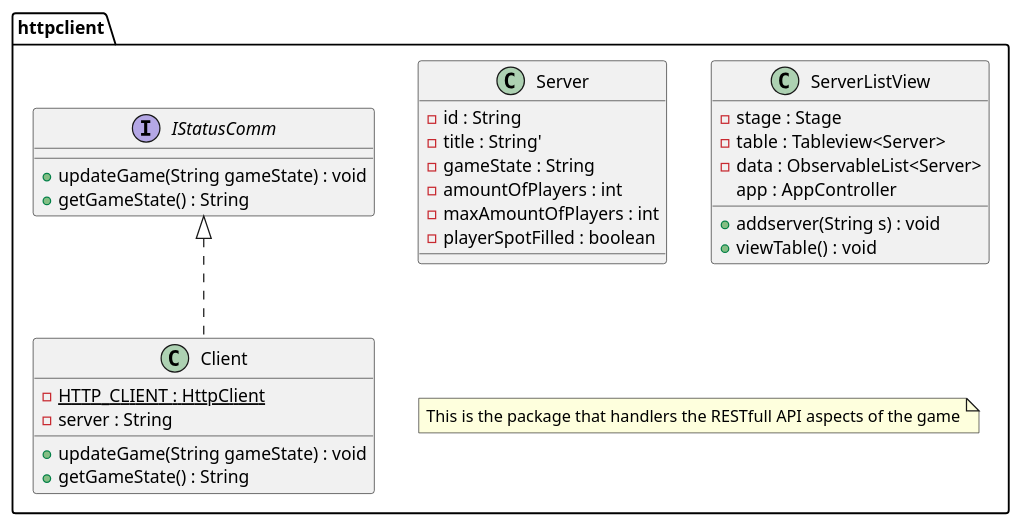
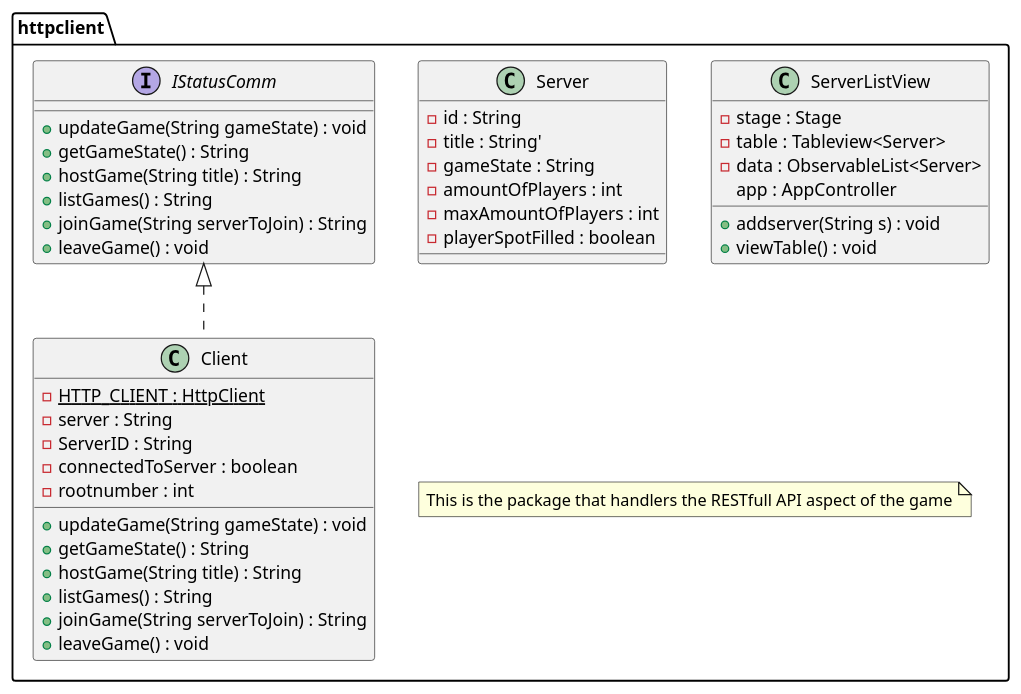
Before and after one commit to MikaelFangel/RoboRally: the diagram in diagrams/DesignClassDiagramPackageHTTPClient.puml, drawn with PlantUML. The commit also changed 4 other files, not shown here.

Commit message:
Updates to class design diagrams.

```diff
--- a/diagrams/DesignClassDiagramPackageHTTPClient.puml
+++ b/diagrams/DesignClassDiagramPackageHTTPClient.puml
@@ -1,39 +1,48 @@
 @startuml
 skinparam groupInheritance 2
 skinparam linetype polyline
 
 package httpclient{
    class Client implements IStatusComm {
       {Static} -HTTP_CLIENT : HttpClient
       -server : String
+      -ServerID : String
+      -connectedToServer : boolean
+      -rootnumber : int
 
       +updateGame(String gameState) : void
       +getGameState() : String
+      +hostGame(String title) : String
+      +listGames() : String
+      +joinGame(String serverToJoin) : String
+      +leaveGame() : void
    }
    interface IStatusComm{
      +updateGame(String gameState) : void
      +getGameState() : String
+     +hostGame(String title) : String
+     +listGames() : String
+     +joinGame(String serverToJoin) : String
+     +leaveGame() : void
    }
    class Server{
       -id : String
       -title : String'
       -gameState : String
       -amountOfPlayers : int
       -maxAmountOfPlayers : int
       -playerSpotFilled : boolean
    }
    class ServerListView{
        -stage : Stage
        -table : Tableview<Server>
        -data : ObservableList<Server>
         app : AppController
 
         +addserver(String s) : void
         +viewTable() : void
-
    }
-   note "This is the package that handlers the RESTfull API aspects of the game" as note1
+   note "This is the package that handlers the RESTfull API aspect of the game" as note1
 }
 
-
 @enduml
```
